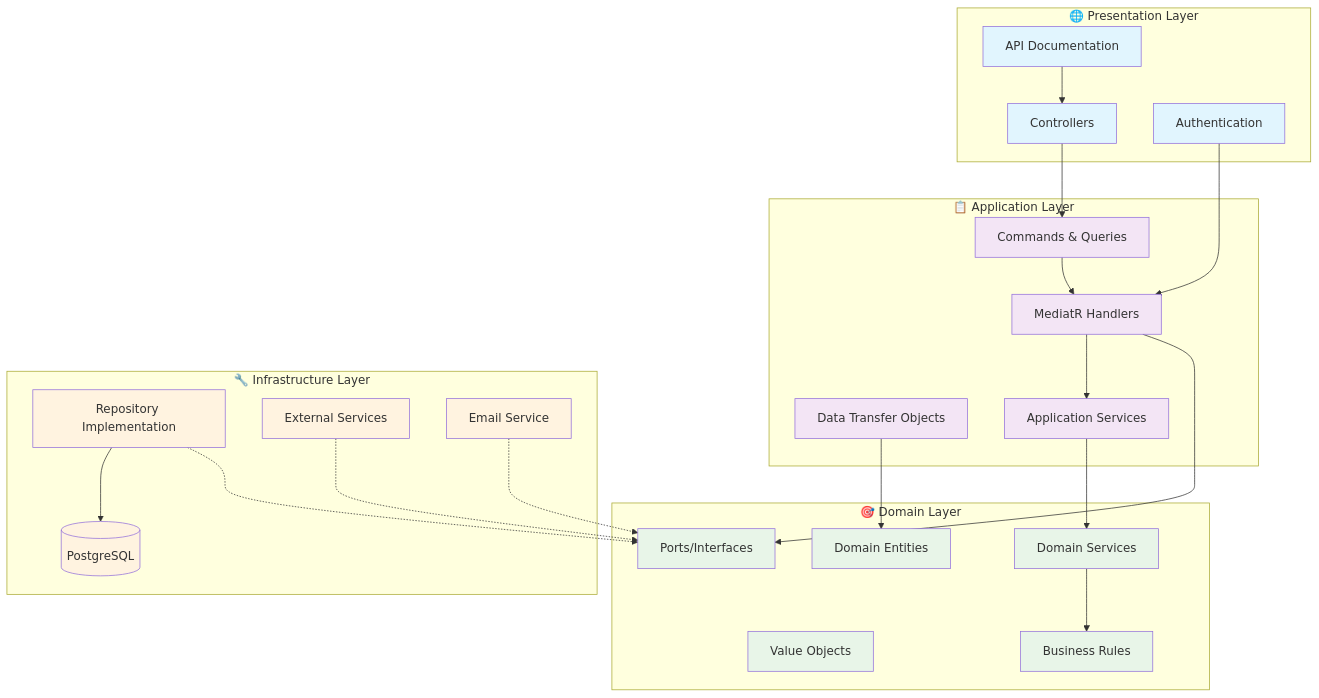
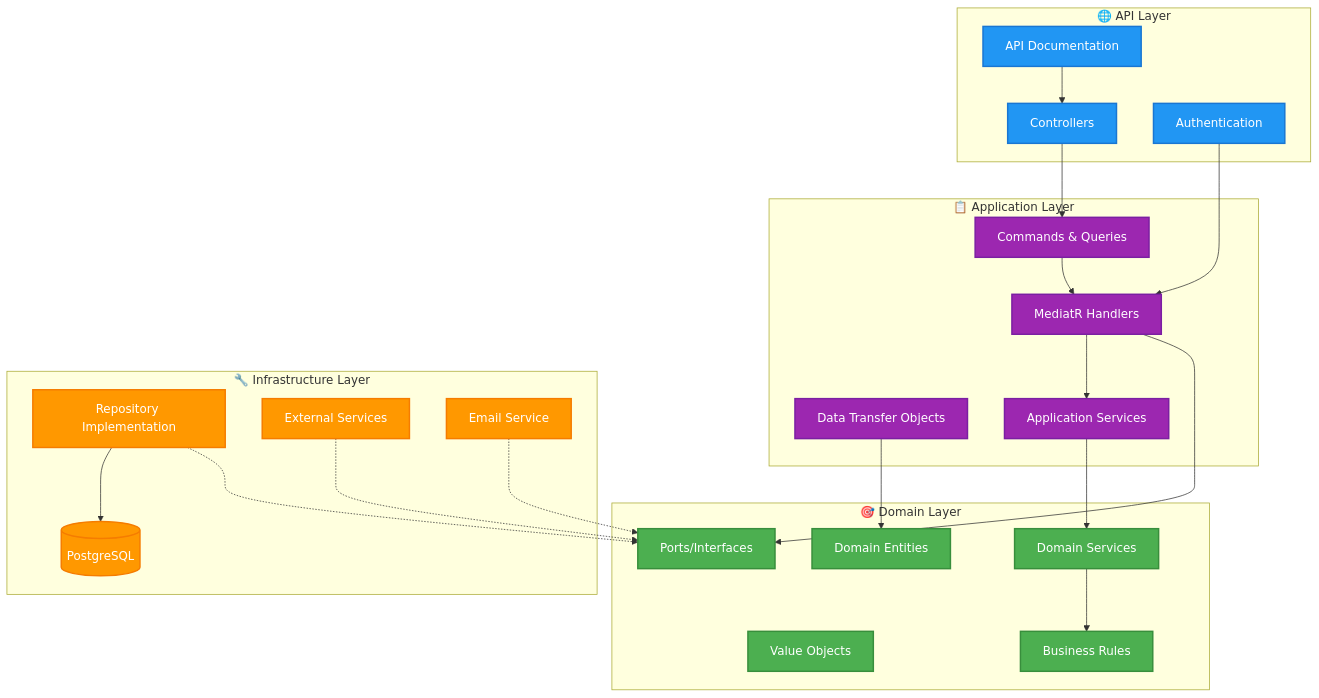
Before and after one commit to asanabrial/.net-api-hexagonal-skeleton: the diagram in README.md, drawn with Mermaid.

Commit message:
refactor: Update diagram labels and styling for improved clarity in README.md

````diff
--- a/README.md
+++ b/README.md
@@ -49,59 +49,59 @@
 ```mermaid
 graph TB
-    subgraph "🌐 Presentation Layer"
+    subgraph "🌐 API Layer"
         API[Controllers]
         Auth[Authentication]
         Swagger[API Documentation]
     end
 
     subgraph "📋 Application Layer"
         CQRS[Commands & Queries]
         Handlers[MediatR Handlers]
         DTOs[Data Transfer Objects]
         AppServices[Application Services]
     end
 
     subgraph "🎯 Domain Layer"
         Entities[Domain Entities]
         ValueObjects[Value Objects]
         DomainServices[Domain Services]
         BusinessRules[Business Rules]
         Ports[Ports/Interfaces]
     end
 
     subgraph "🔧 Infrastructure Layer"
         Database[(PostgreSQL)]
         Repositories[Repository Implementation]
         ExternalAPIs[External Services]
         EmailService[Email Service]
     end
 
     %% Dependencies
     API --> CQRS
     Auth --> Handlers
     Swagger --> API
 
     CQRS --> Handlers
     Handlers --> AppServices
     DTOs --> Entities
 
     AppServices --> DomainServices
     DomainServices --> BusinessRules
     Handlers --> Ports
 
     Repositories --> Database
     Repositories -.-> Ports
     ExternalAPIs -.-> Ports
     EmailService -.-> Ports
 
-    %% Styling
-    classDef presentation fill:#e1f5fe
-    classDef application fill:#f3e5f5
-    classDef domain fill:#e8f5e8
-    classDef infrastructure fill:#fff3e0
+    %% Styling with better contrast
+    classDef apiLayer fill:#2196F3,stroke:#1976D2,stroke-width:2px,color:#fff
+    classDef appLayer fill:#9C27B0,stroke:#7B1FA2,stroke-width:2px,color:#fff
+    classDef domainLayer fill:#4CAF50,stroke:#388E3C,stroke-width:2px,color:#fff
+    classDef infraLayer fill:#FF9800,stroke:#F57C00,stroke-width:2px,color:#fff
 
-    class API,Auth,Swagger presentation
-    class CQRS,Handlers,DTOs,AppServices application
-    class Entities,ValueObjects,DomainServices,BusinessRules,Ports domain
-    class Database,Repositories,ExternalAPIs,EmailService infrastructure
+    class API,Auth,Swagger apiLayer
+    class CQRS,Handlers,DTOs,AppServices appLayer
+    class Entities,ValueObjects,DomainServices,BusinessRules,Ports domainLayer
+    class Database,Repositories,ExternalAPIs,EmailService infraLayer
 ```
````
